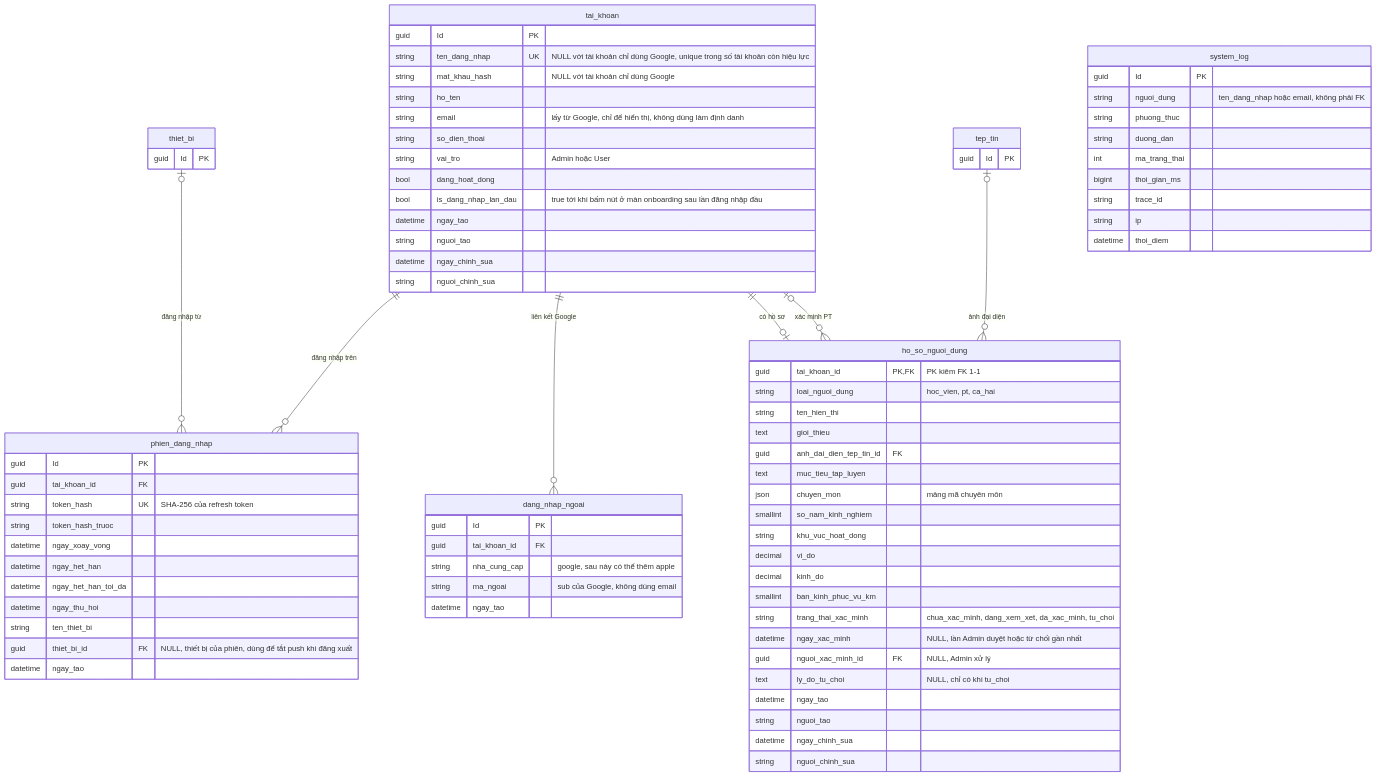
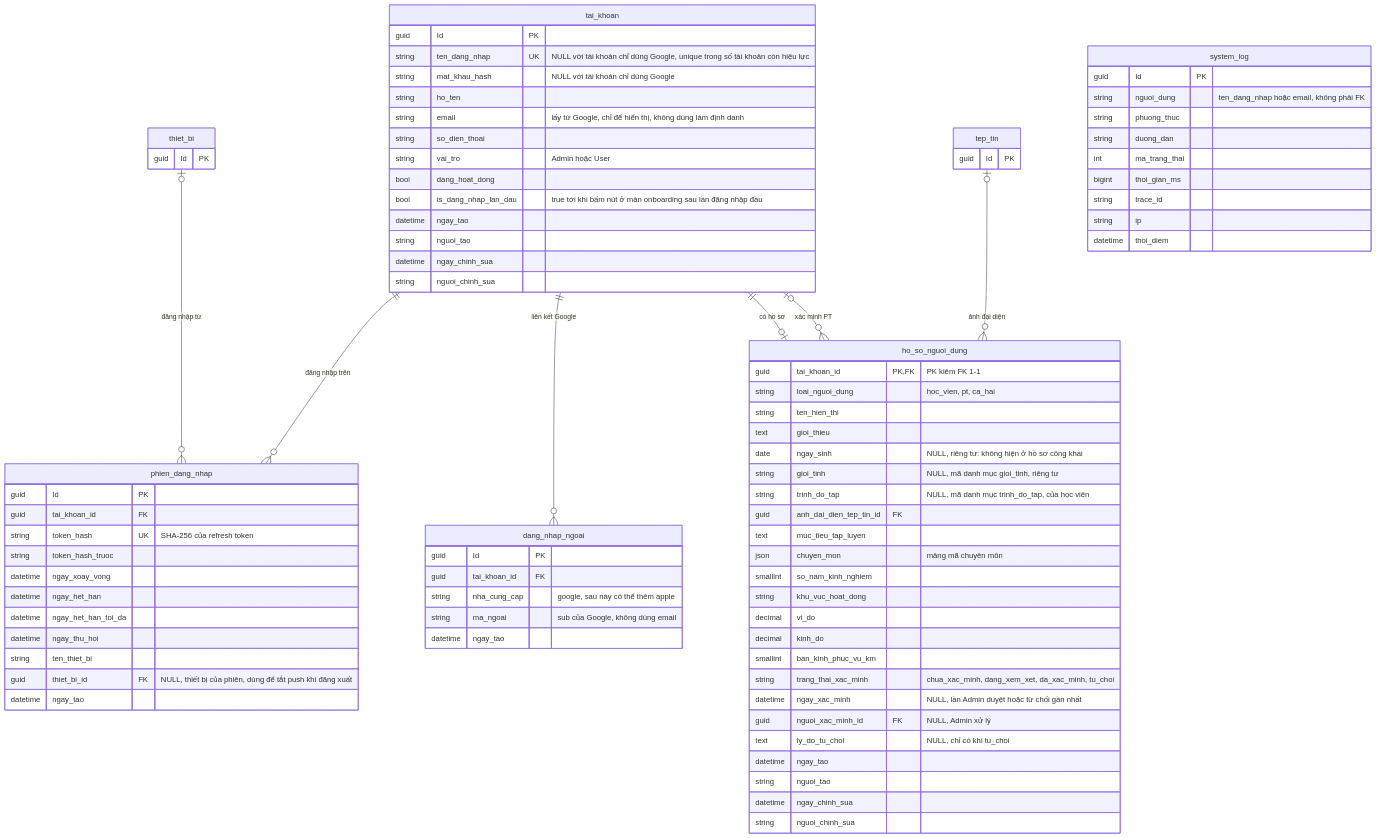
Before and after one commit to ngongochuy2003/GymBase: the first of 3 diagrams in database/diagrams/01-tai-khoan-ho-so.md, drawn with Mermaid. The commit also changed other lines of this file and 4 other files, not shown here.

Commit message:
docs(api): cập nhật trang hồ sơ, danh mục, sơ đồ database và Bruno cho thông tin cá nhân

```diff
--- a/database/diagrams/01-tai-khoan-ho-so.md
+++ b/database/diagrams/01-tai-khoan-ho-so.md
@@ -56,6 +56,9 @@
         string loai_nguoi_dung "hoc_vien, pt, ca_hai"
         string ten_hien_thi
         text gioi_thieu
+        date ngay_sinh "NULL, riêng tư: không hiện ở hồ sơ công khai"
+        string gioi_tinh "NULL, mã danh mục gioi_tinh, riêng tư"
+        string trinh_do_tap "NULL, mã danh mục trinh_do_tap, của học viên"
         guid anh_dai_dien_tep_tin_id FK
         text muc_tieu_tap_luyen
         json chuyen_mon "mảng mã chuyên môn"
```
